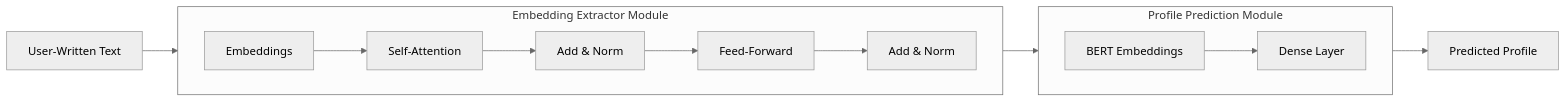
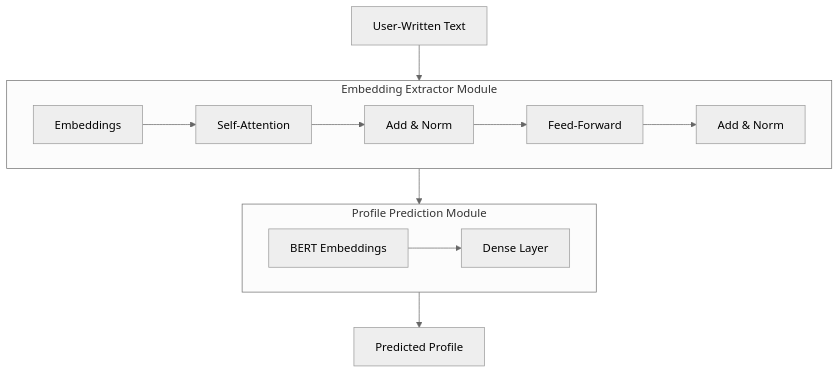
One commit to hansung-prism-lab/sw-industry-collab-2025 changed the diagram in README.md. Above: the diagram before and after it, drawn with Mermaid (neutral theme).

Commit message:
modify mermaid diagram

````diff
--- a/README.md
+++ b/README.md
@@ -48,23 +48,22 @@
 ```mermaid
-flowchart LR
+flowchart TD
     A[User-Written Text] --> EMB
 
      subgraph EMB[Embedding Extractor Module]
-        direction LR
+     	direction LR
         E[Embeddings] --> SA[Self-Attention] --> AN1[Add & Norm] --> FF[Feed-Forward] -->AN2[Add & Norm]
     end
 
 	
-    EMB --> BE
-    
+    EMB --> Pred  
     subgraph Pred[Profile Prediction Module]
     	direction LR
     	BE[BERT Embeddings]
     	DL[Dense Layer]
     	
     	BE --> DL
     end
     
-    DL --> OUT[Predicted Profile]
+    Pred --> OUT[Predicted Profile]
 
 ```
````
